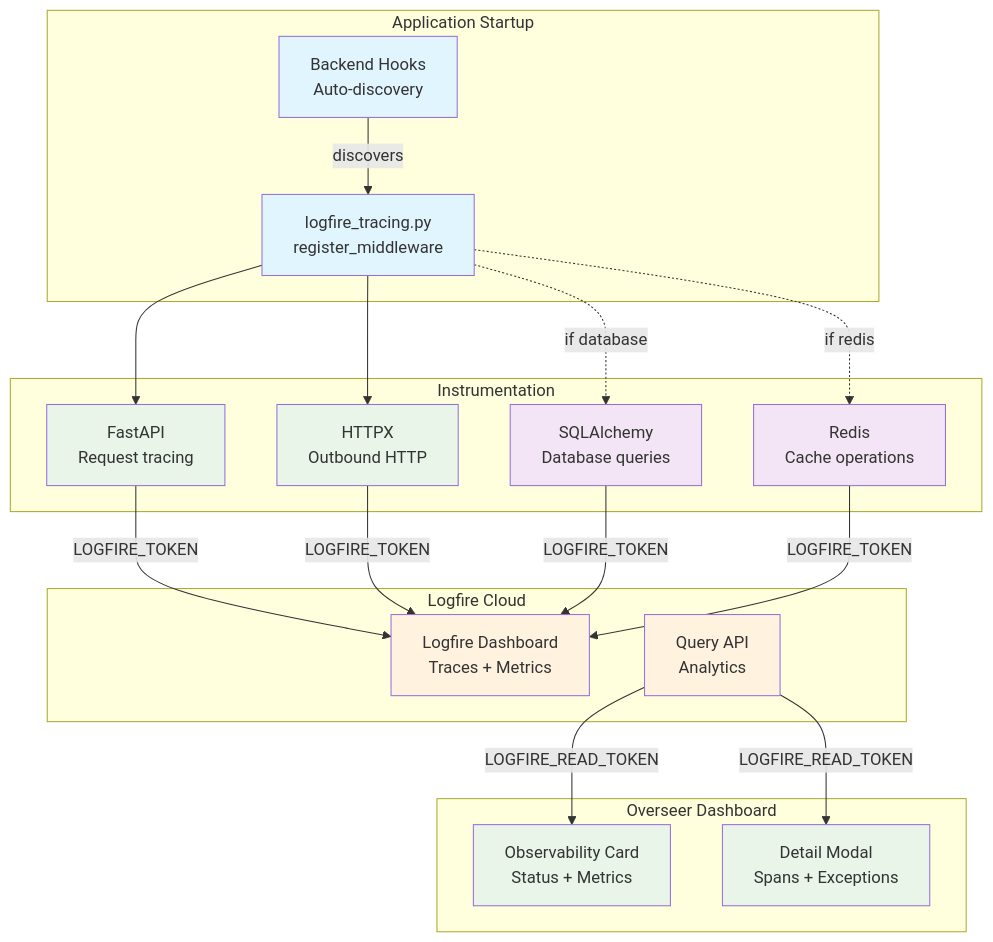
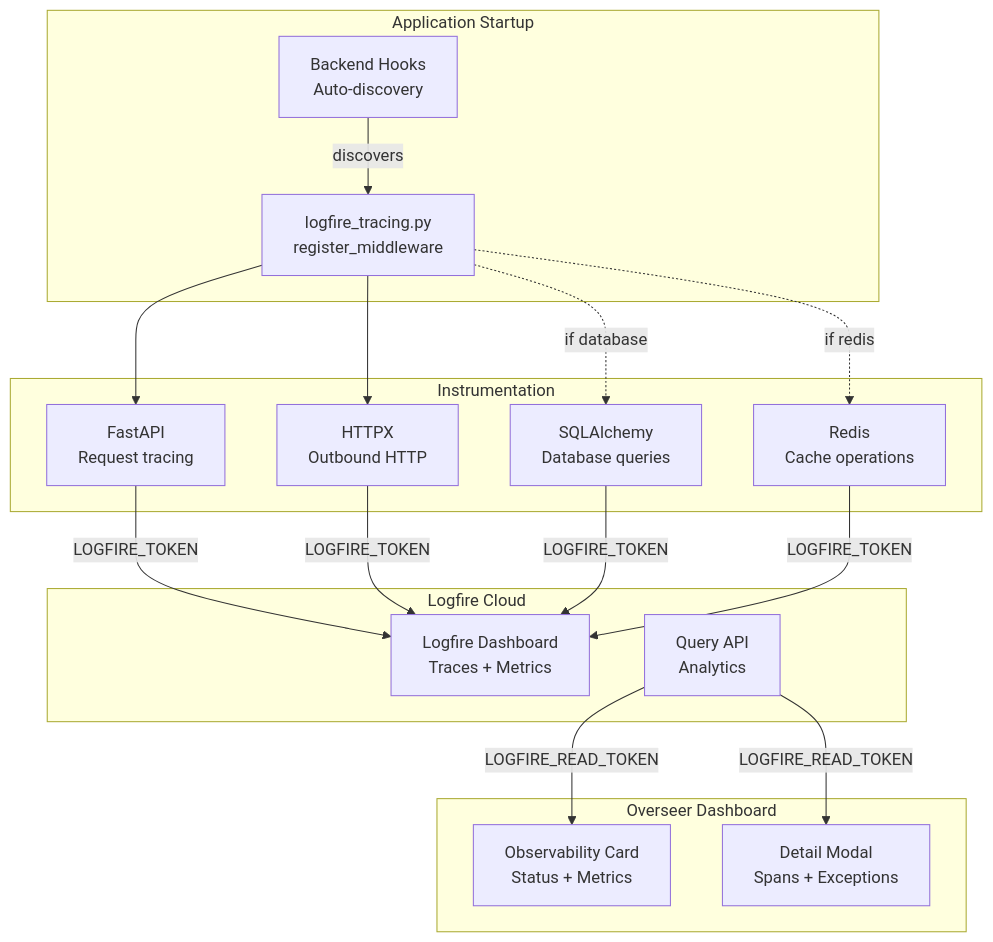
The diagram in docs/components/observability.md (bhardwajRahul/aegis-stack), drawn with Mermaid before and after one commit. The commit also changed 26 other files, not shown here.

````diff
--- a/docs/components/observability.md
+++ b/docs/components/observability.md
@@ -49,49 +49,38 @@
 ```mermaid
 graph TB
     subgraph "Application Startup"
-        Hooks[Backend Hooks<br/>Auto-discovery]
-        MW[logfire_tracing.py<br/>register_middleware]
+        Hooks["Backend Hooks<br/>Auto-discovery"]
+        MW["logfire_tracing.py<br/>register_middleware"]
     end
 
     subgraph "Instrumentation"
-        FA[FastAPI<br/>Request tracing]
-        HX[HTTPX<br/>Outbound HTTP]
-        SA[SQLAlchemy<br/>Database queries]
-        RD[Redis<br/>Cache operations]
+        FA["FastAPI<br/>Request tracing"]
+        HX["HTTPX<br/>Outbound HTTP"]
+        SA["SQLAlchemy<br/>Database queries"]
+        RD["Redis<br/>Cache operations"]
     end
 
     subgraph "Logfire Cloud"
-        Cloud[Logfire Dashboard<br/>Traces + Metrics]
-        QA[Query API<br/>Analytics]
+        Cloud["Logfire Dashboard<br/>Traces + Metrics"]
+        QA["Query API<br/>Analytics"]
     end
 
     subgraph "Overseer Dashboard"
-        Card[Observability Card<br/>Status + Metrics]
-        Modal[Detail Modal<br/>Spans + Exceptions]
+        Card["Observability Card<br/>Status + Metrics"]
+        Modal["Detail Modal<br/>Spans + Exceptions"]
     end
 
     Hooks -->|discovers| MW
     MW --> FA
     MW --> HX
     MW -.->|if database| SA
     MW -.->|if redis| RD
 
     FA -->|LOGFIRE_TOKEN| Cloud
     HX -->|LOGFIRE_TOKEN| Cloud
     SA -->|LOGFIRE_TOKEN| Cloud
     RD -->|LOGFIRE_TOKEN| Cloud
 
     QA -->|LOGFIRE_READ_TOKEN| Card
     QA -->|LOGFIRE_READ_TOKEN| Modal
-
-    style Hooks fill:#e1f5fe
-    style MW fill:#e1f5fe
-    style FA fill:#e8f5e8
-    style HX fill:#e8f5e8
-    style SA fill:#f3e5f5
-    style RD fill:#f3e5f5
-    style Cloud fill:#fff3e0
-    style QA fill:#fff3e0
-    style Card fill:#e8f5e8
-    style Modal fill:#e8f5e8
 ```
````
